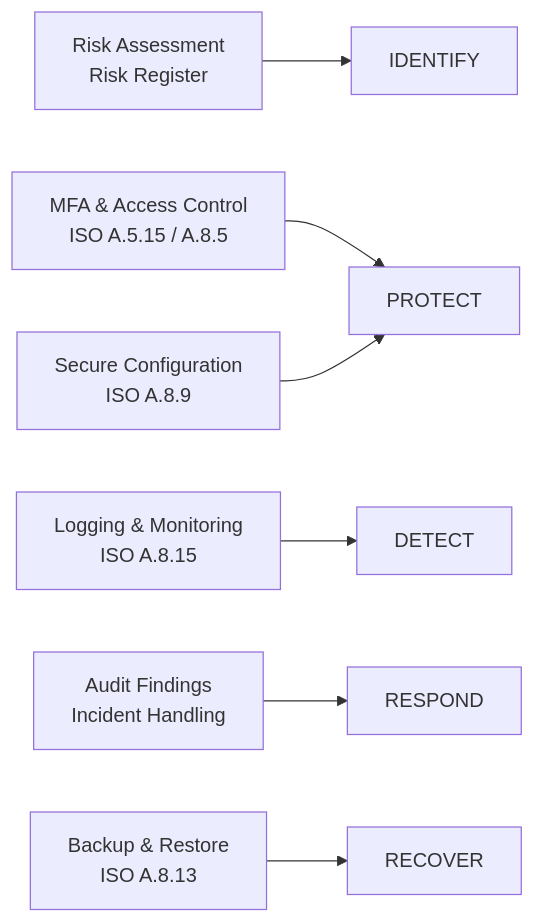
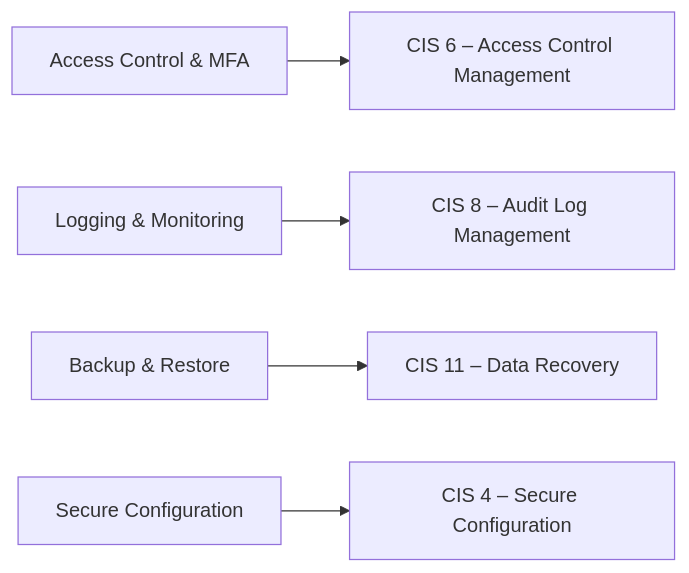
The second of 4 diagrams in README.md (Yosr432/information-security-audit-playbook-v4), drawn with Mermaid before and after one commit. The commit also changed other lines of this file, not shown here.

````diff
--- a/README.md
+++ b/README.md
@@ -207,13 +184,7 @@
 ```mermaid
 flowchart LR
-    R[Risk Assessment<br/>Risk Register] --> I[IDENTIFY]
-
-    IAM[MFA & Access Control<br/>ISO A.5.15 / A.8.5] --> P[PROTECT]
-    CONF[Secure Configuration<br/>ISO A.8.9] --> P
-
-    LOG[Logging & Monitoring<br/>ISO A.8.15] --> D[DETECT]
-
-    IR[Audit Findings<br/>Incident Handling] --> RS[RESPOND]
-
-    BCK[Backup & Restore<br/>ISO A.8.13] --> RC[RECOVER]
+    IAM[Access Control & MFA] --> CIS6[CIS 6 – Access Control Management]
+    LOG[Logging & Monitoring] --> CIS8[CIS 8 – Audit Log Management]
+    BCK[Backup & Restore] --> CIS11[CIS 11 – Data Recovery]
+    CONF[Secure Configuration] --> CIS4[CIS 4 – Secure Configuration]
 ```
````
